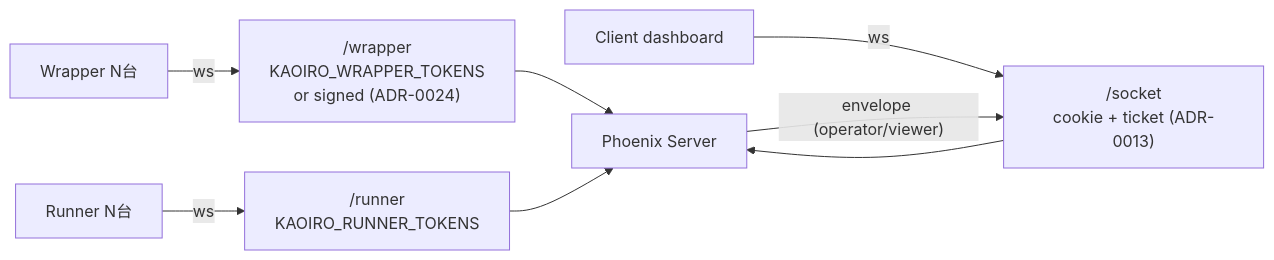
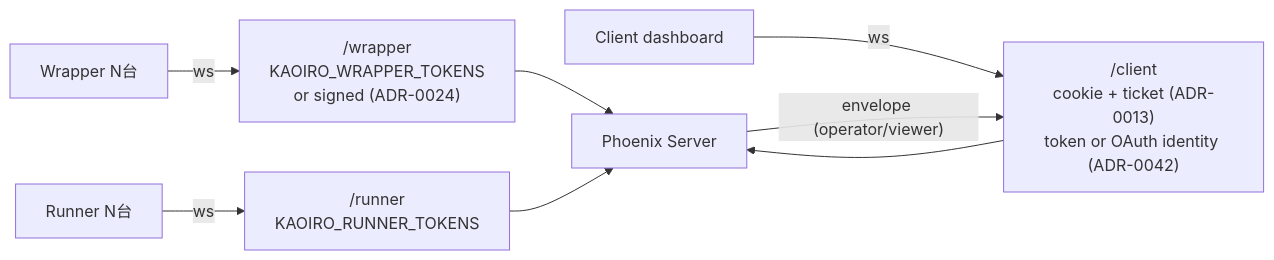
Before and after one commit to sakuraiyuta/kaoiro: the diagram in docs/specs/auth-and-authz.md, drawn with Mermaid. The commit also changed other lines of this file and 21 other files, not shown here.

First line of the commit message:
feat(server): dashboard の OAuth ログイン + 許可リスト認可を追加 (#65)

````diff
--- a/docs/specs/auth-and-authz.md
+++ b/docs/specs/auth-and-authz.md
@@ -26,10 +26,10 @@
 ```mermaid
 flowchart LR
   W[Wrapper N台] -->|ws| WS["/wrapper<br/>KAOIRO_WRAPPER_TOKENS<br/>or signed (ADR-0024)"]
   R[Runner N台] -->|ws| RS["/runner<br/>KAOIRO_RUNNER_TOKENS"]
-  C[Client dashboard] -->|ws| CS["/socket<br/>cookie + ticket (ADR-0013)"]
+  C[Client dashboard] -->|ws| CS["/client<br/>cookie + ticket (ADR-0013)<br/>token or OAuth identity (ADR-0042)"]
   WS --> SRV[Phoenix Server]
   RS --> SRV
   CS --> SRV
   SRV -->|"envelope (operator/viewer)"| CS
 ```
````
